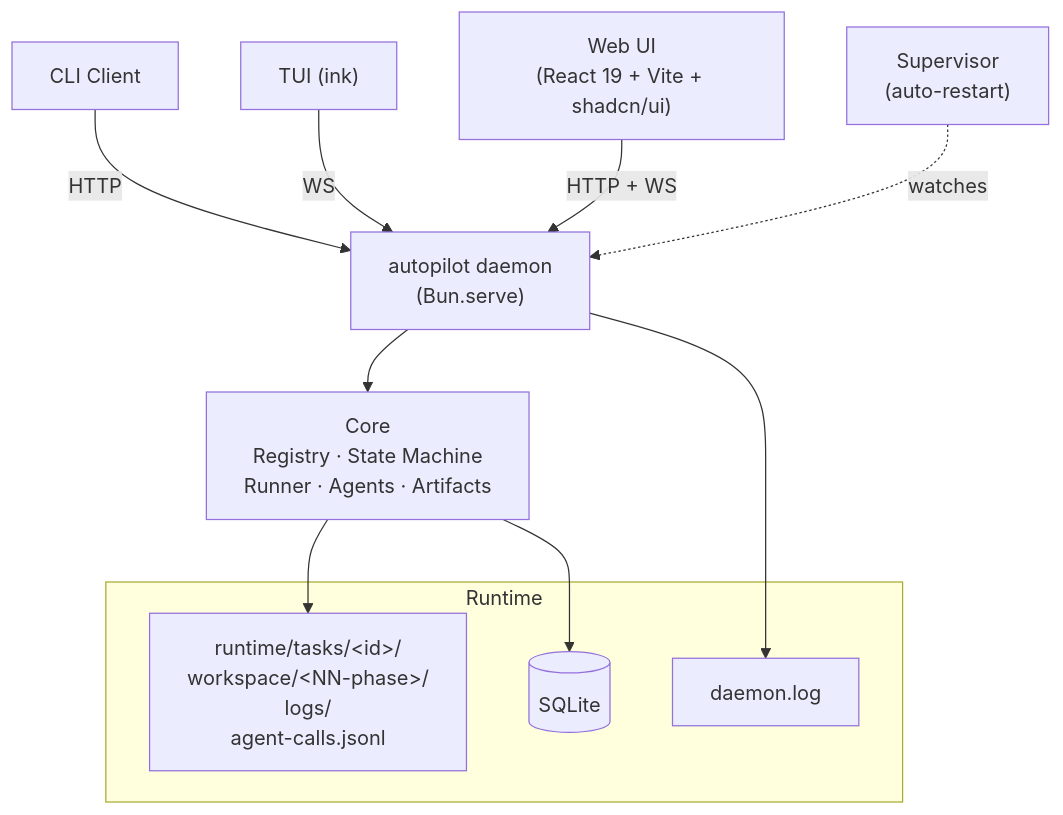
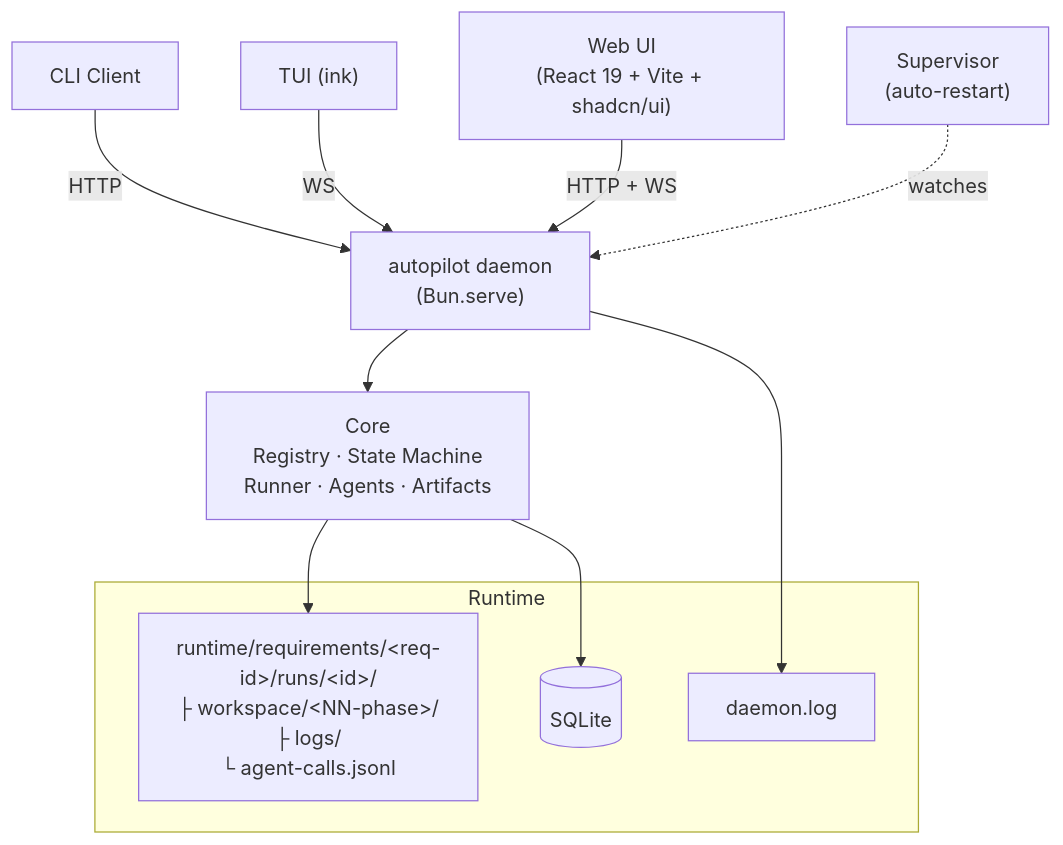
One commit to larrygogo/autopilot changed the diagram in README.en.md. Above: the diagram before and after it, drawn with Mermaid. The commit also changed other lines of this file and 1 other file, not shown here.

````diff
--- a/README.en.md
+++ b/README.en.md
@@ -135,20 +136,20 @@
 ```mermaid
 graph TB
     CLI["CLI Client"] --HTTP--> Daemon
     TUI["TUI (ink)"] --WS--> Daemon
     Web["Web UI<br/>(React 19 + Vite + shadcn/ui)"] --HTTP + WS--> Daemon
 
     Daemon["autopilot daemon<br/>(Bun.serve)"] --> Core
     Core["Core<br/>Registry · State Machine<br/>Runner · Agents · Artifacts"] --> Workspaces
 
     Supervisor["Supervisor<br/>(auto-restart)"] -.watches.-> Daemon
 
     subgraph Runtime
-      Workspaces["runtime/tasks/&lt;id&gt;/<br/>workspace/&lt;NN-phase&gt;/<br/>logs/<br/>agent-calls.jsonl"]
+      Workspaces["runtime/requirements/&lt;req-id&gt;/runs/&lt;id&gt;/<br/>├ workspace/&lt;NN-phase&gt;/<br/>├ logs/<br/>└ agent-calls.jsonl"]
       DB[("SQLite")]
       DaemonLog["daemon.log"]
     end
 
     Core --> DB
     Daemon --> DaemonLog
 ```
````
